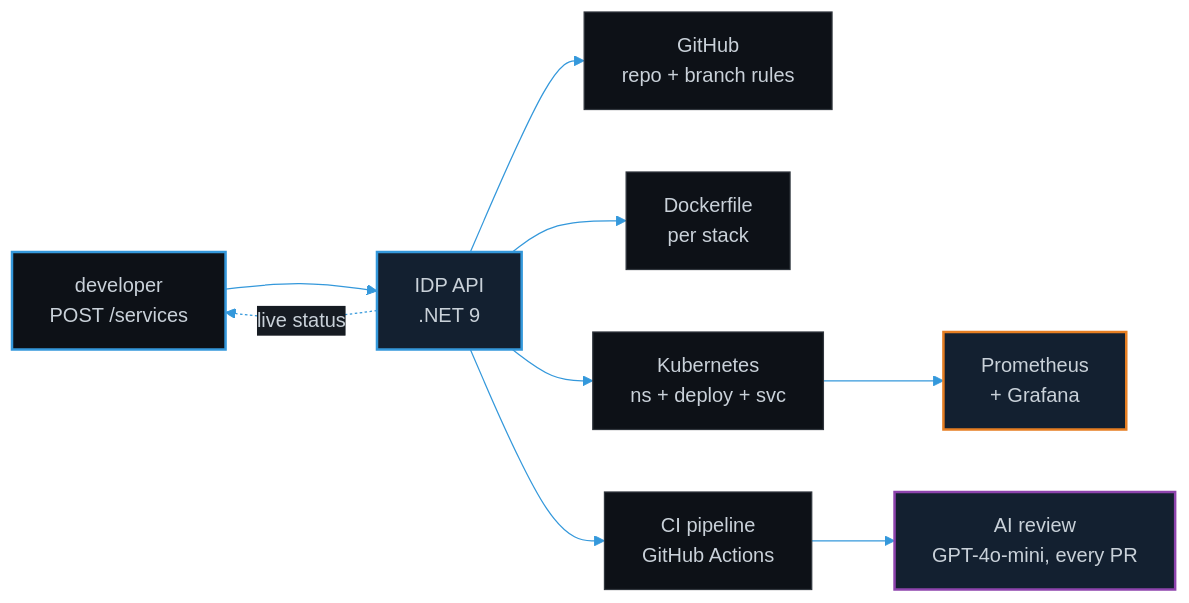
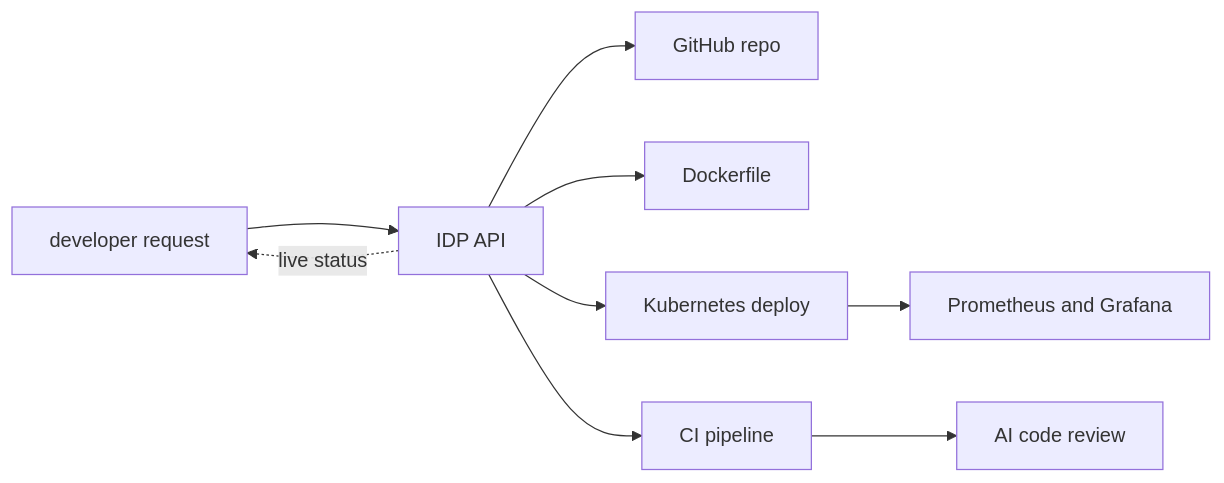
Before and after one commit to aftabkh4n/aftabkh4n: the second of 2 diagrams in README.md, drawn with Mermaid. The commit also changed other lines of this file, not shown here.

````diff
--- a/README.md
+++ b/README.md
@@ -79,20 +155,11 @@
 ```mermaid
-%%{init: {'theme':'base','themeVariables':{'primaryColor':'#0d1117','primaryTextColor':'#c9d1d9','primaryBorderColor':'#30363d','lineColor':'#3498db','secondaryColor':'#161b22','tertiaryColor':'#161b22','fontFamily':'JetBrains Mono, monospace'}}}%%
 flowchart LR
-    DEV["developer<br/>POST /services"] --> API["IDP API<br/>.NET 9"]
-
-    API --> GH["GitHub<br/>repo + branch rules"]
-    API --> DOCK["Dockerfile<br/>per stack"]
-    API --> K8S["Kubernetes<br/>ns + deploy + svc"]
-    API --> CI["CI pipeline<br/>GitHub Actions"]
-
-    CI --> AI["AI review<br/>GPT-4o-mini, every PR"]
-    K8S --> OBS["Prometheus<br/>+ Grafana"]
-
-    API -.live status.-> DEV
-
-    style DEV fill:#0d1117,stroke:#3498db,stroke-width:2px
-    style API fill:#132030,stroke:#3498db,stroke-width:2px
-    style AI fill:#132030,stroke:#8e44ad,stroke-width:2px
-    style OBS fill:#132030,stroke:#e67e22,stroke-width:2px
+    DEV["developer request"] --> API["IDP API"]
+    API --> GH["GitHub repo"]
+    API --> DOCK["Dockerfile"]
+    API --> K8S["Kubernetes deploy"]
+    API --> CI["CI pipeline"]
+    CI --> AI["AI code review"]
+    K8S --> OBS["Prometheus and Grafana"]
+    API -.->|live status| DEV
 ```
````
